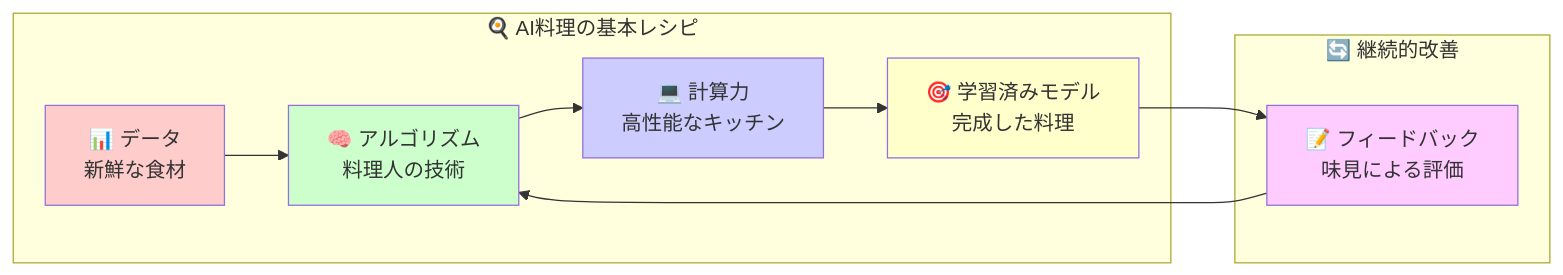
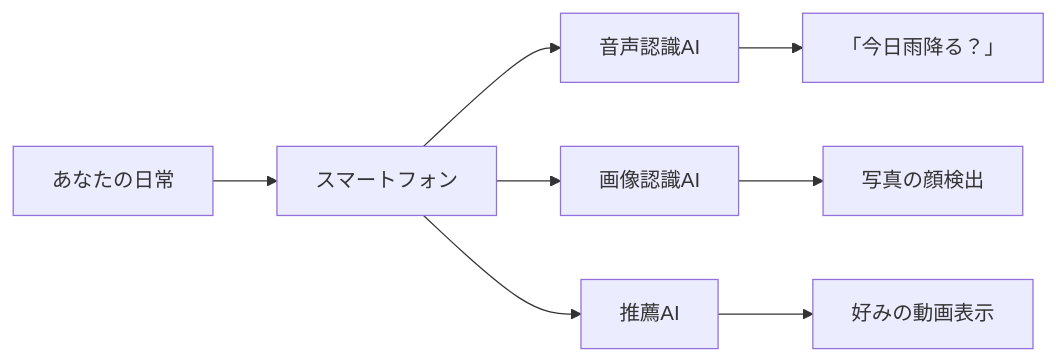
One commit to SparklingDetergent/doc_genai_mental_model changed the first of 9 diagrams in AI/README.MD. Above: the diagram before and after it, drawn with Mermaid. The commit also changed other lines of this file, not shown here.

````diff
--- a/AI/README.MD
+++ b/AI/README.MD
@@ -86,20 +22,15 @@
 ```mermaid
 graph LR
-    subgraph "🍳 AI料理の基本レシピ"
-        A[📊 データ<br/>新鮮な食材] --> B[🧠 アルゴリズム<br/>料理人の技術]
-        B --> C[💻 計算力<br/>高性能なキッチン]
-        C --> D[🎯 学習済みモデル<br/>完成した料理]
-    end
+    A[あなたの日常] --> B[スマートフォン]
+    B --> C[音声認識AI]
+    B --> D[画像認識AI]
+    B --> E[推薦AI]
     
-    subgraph "🔄 継続的改善"
-        E[📝 フィードバック<br/>味見による評価]
-        D --> E
-        E --> B
-    end
+    C --> F[「今日雨降る？」]
+    D --> G[写真の顔検出]
+    E --> H[好みの動画表示]
     
-    style A fill:#ffcccc
-    style B fill:#ccffcc
-    style C fill:#ccccff
-    style D fill:#ffffcc
-    style E fill:#ffccff
+    click C "/docs/speech-recognition.md" "音声認識の仕組み"
+    click D "/docs/image-recognition.md" "画像認識技術"
+    click E "/docs/recommendation.md" "推薦システム"
 ```
````
